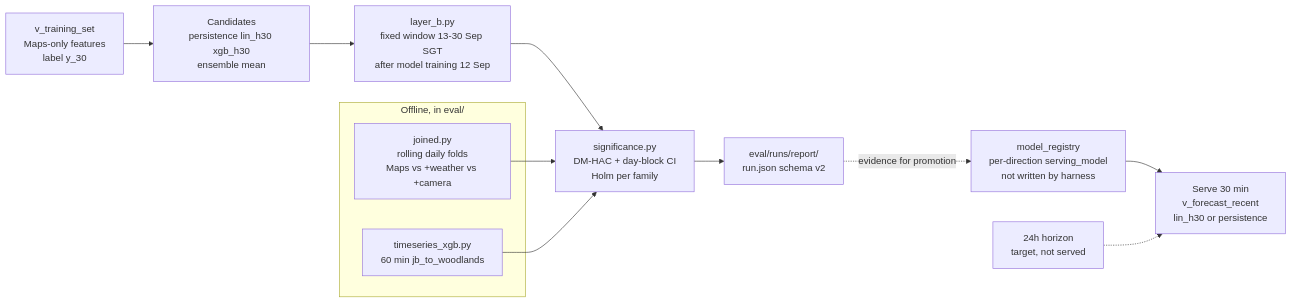
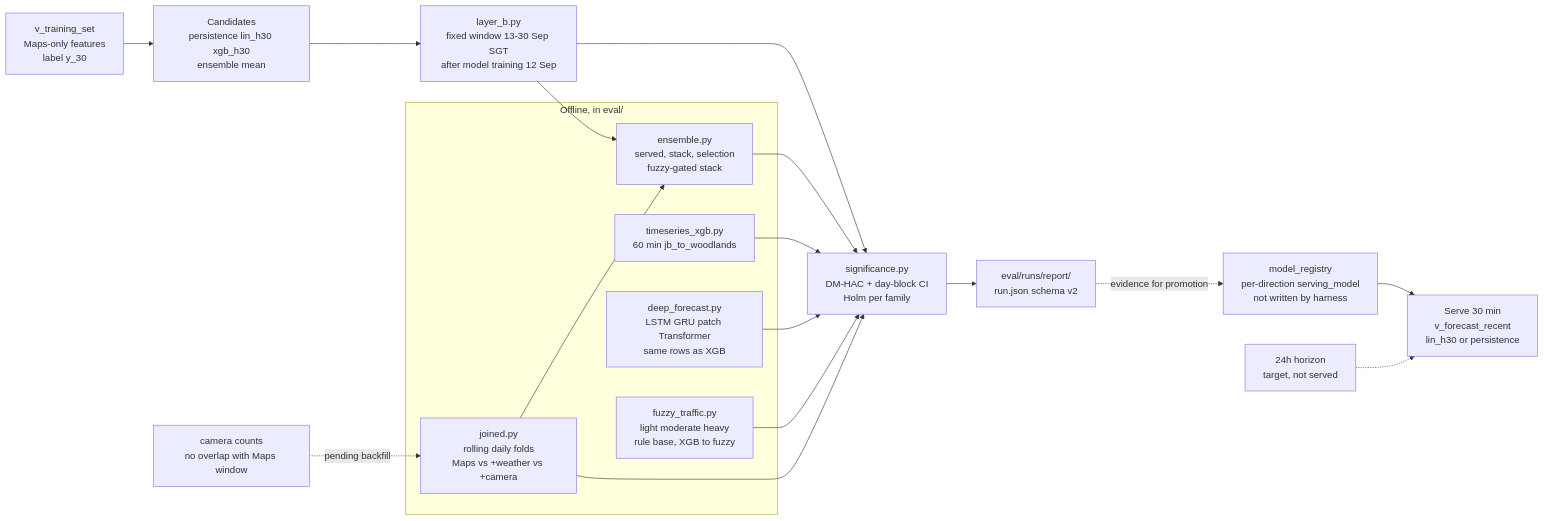
The second of 2 diagrams in docs/evaluation.md (sozuken-max/swiftborder), drawn with Mermaid before and after one commit. The commit also changed other lines of this file and 20 other files, not shown here.

Commit message:
Promote report with deep, fuzzy and ensemble components; document results and Layer A input check

````diff
--- a/docs/evaluation.md
+++ b/docs/evaluation.md
@@ -108,21 +110,30 @@
 ```mermaid
 flowchart LR
   DATA["v_training_set<br/>Maps-only features<br/>label y_30"]
   CAND["Candidates<br/>persistence lin_h30 xgb_h30<br/>ensemble mean"]
   HAR["layer_b.py<br/>fixed window 13-30 Sep SGT<br/>after model training 12 Sep"]
   SIG["significance.py<br/>DM-HAC + day-block CI<br/>Holm per family"]
   REP["eval/runs/report/<br/>run.json schema v2"]
   REG["model_registry<br/>per-direction serving_model<br/>not written by harness"]
   SRV["Serve 30 min<br/>v_forecast_recent<br/>lin_h30 or persistence"]
   DATA --> CAND --> HAR --> SIG --> REP
   REG --> SRV
   REP -.->|"evidence for promotion"| REG
 
   subgraph OFF["Offline, in eval/"]
     JX["joined.py<br/>rolling daily folds<br/>Maps vs +weather vs +camera"]
+    EN["ensemble.py<br/>served, stack, selection<br/>fuzzy-gated stack"]
     OX["timeseries_xgb.py<br/>60 min jb_to_woodlands"]
+    DL["deep_forecast.py<br/>LSTM GRU patch Transformer<br/>same rows as XGB"]
+    FZ["fuzzy_traffic.py<br/>light moderate heavy<br/>rule base, XGB to fuzzy"]
   end
+  HAR --> EN
+  JX --> EN
   JX --> SIG
+  EN --> SIG
   OX --> SIG
+  DL --> SIG
+  FZ --> SIG
+  CAM["camera counts<br/>no overlap with Maps window"] -.->|"pending backfill"| JX
   INTENT["24h horizon<br/>target, not served"] -.-> SRV
 ```
````
